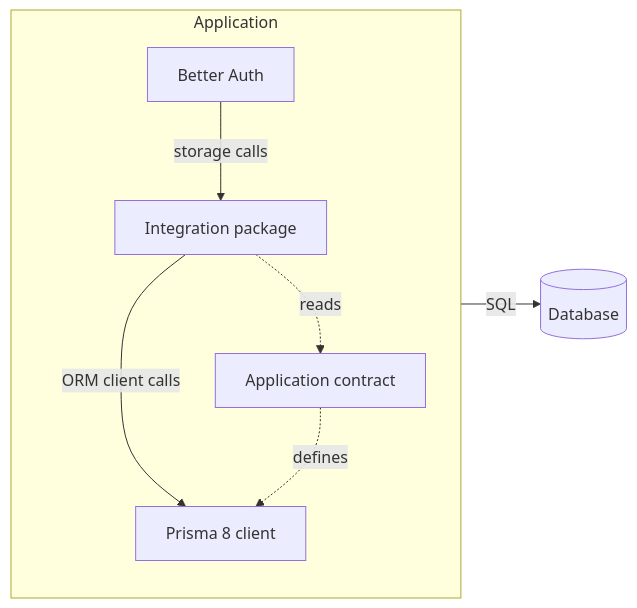
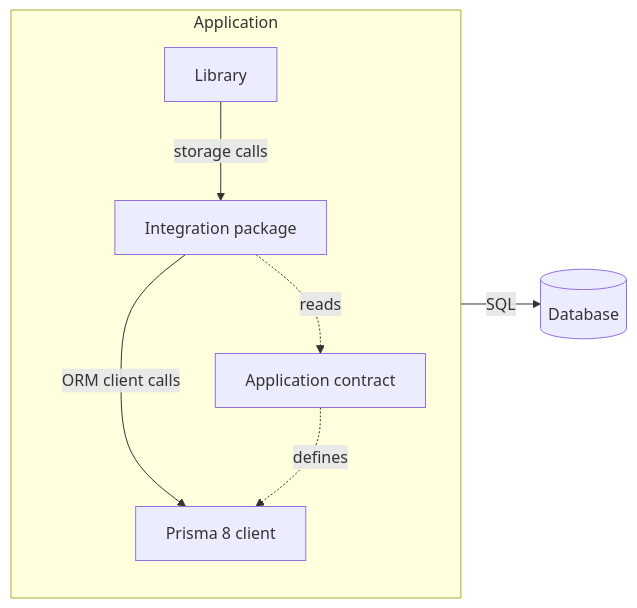
Before and after one commit to prisma/orm: the diagram in docs/architecture docs/adrs/ADR 328 - A library integration uses only published entrypoints and its models live in the application contract.md, drawn with Mermaid. The commit also changed other lines of this file, not shown here.

Commit message:
docs(adr): the library-integration record opens with the general structure, not with Better Auth

````diff
--- a/docs/architecture docs/adrs/ADR 328 - A library integration uses only published entrypoints and its models live in the application contract.md
+++ b/docs/architecture docs/adrs/ADR 328 - A library integration uses only published entrypoints and its models live in the application contract.md
@@ -55,16 +14,16 @@
 ```mermaid
 flowchart LR
   subgraph App[Application]
     direction TB
-    Lib[Better Auth]
+    Lib[Library]
     Pkg[Integration package]
     Client[Prisma 8 client]
     Contract[Application contract]
   end
   Db[(Database)]
   Lib -->|storage calls| Pkg
   Pkg -->|ORM client calls| Client
   Pkg -.->|reads| Contract
   Contract -.->|defines| Client
   Client -->|SQL| Db
 ```
````
